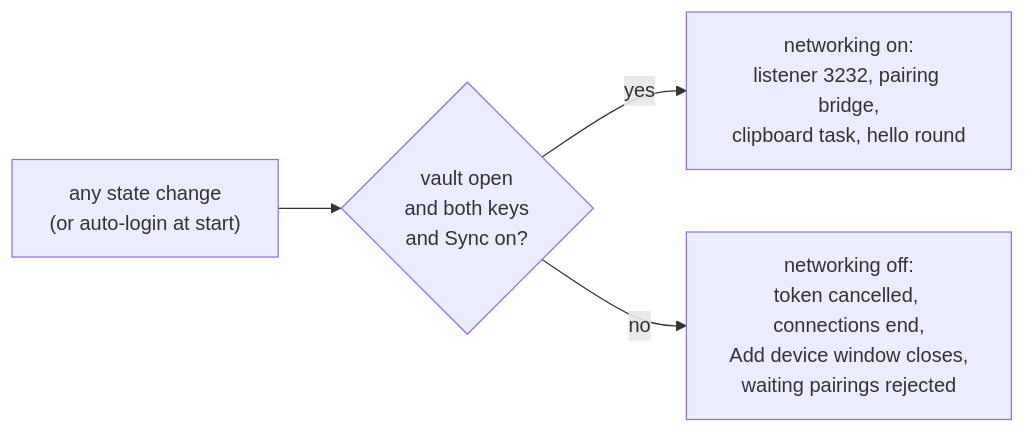
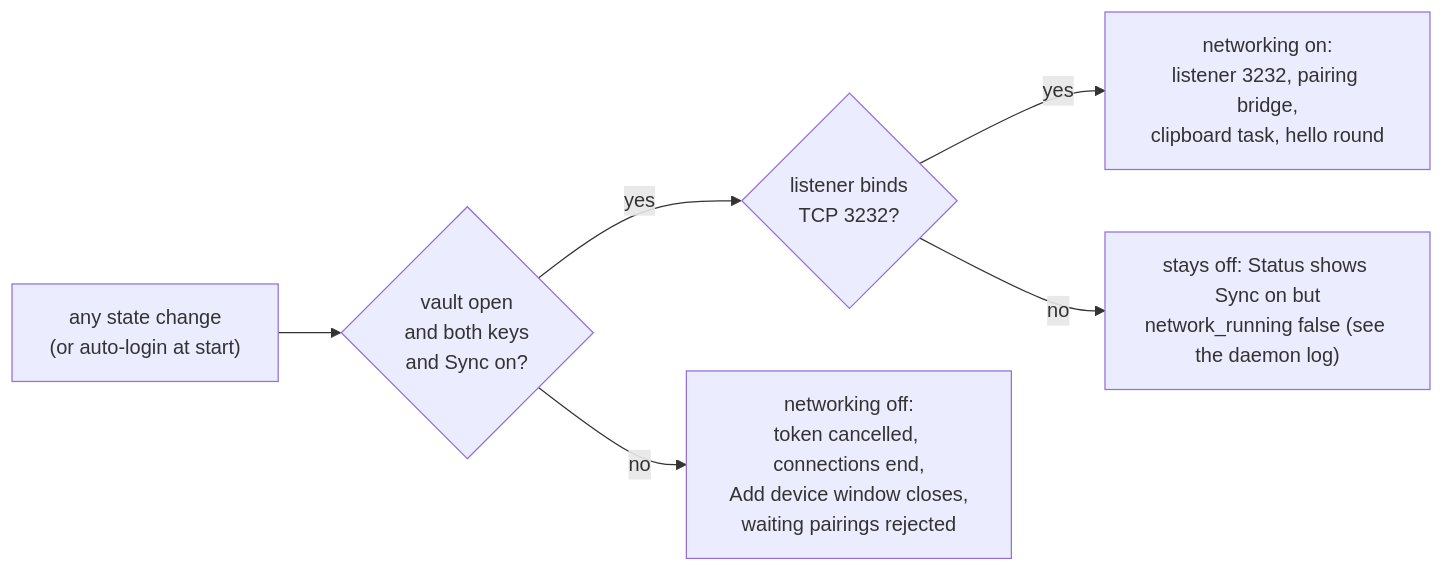
Before and after one commit to czarekkdev/cesaconn: the second of 3 diagrams in docs/diagrams/daemon-states.md, drawn with Mermaid. The commit also changed other lines of this file and 10 other files, not shown here.

First line of the commit message:
docs(diagrams): match the code on the review points

````diff
--- a/docs/diagrams/daemon-states.md
+++ b/docs/diagrams/daemon-states.md
@@ -29,6 +30,8 @@
 ```mermaid
 flowchart LR
     change["any state change<br/>(or auto-login at start)"] --> check{"vault open<br/>and both keys<br/>and Sync on?"}
-    check -- yes --> on["networking on:<br/>listener 3232, pairing bridge,<br/>clipboard task, hello round"]
+    check -- yes --> bind{"listener binds<br/>TCP 3232?"}
+    bind -- yes --> on["networking on:<br/>listener 3232, pairing bridge,<br/>clipboard task, hello round"]
+    bind -- no --> failed["stays off: Status shows Sync on but<br/>network_running false (see the daemon log)"]
     check -- no --> off["networking off:<br/>token cancelled, connections end,<br/>Add device window closes,<br/>waiting pairings rejected"]
 ```
````
